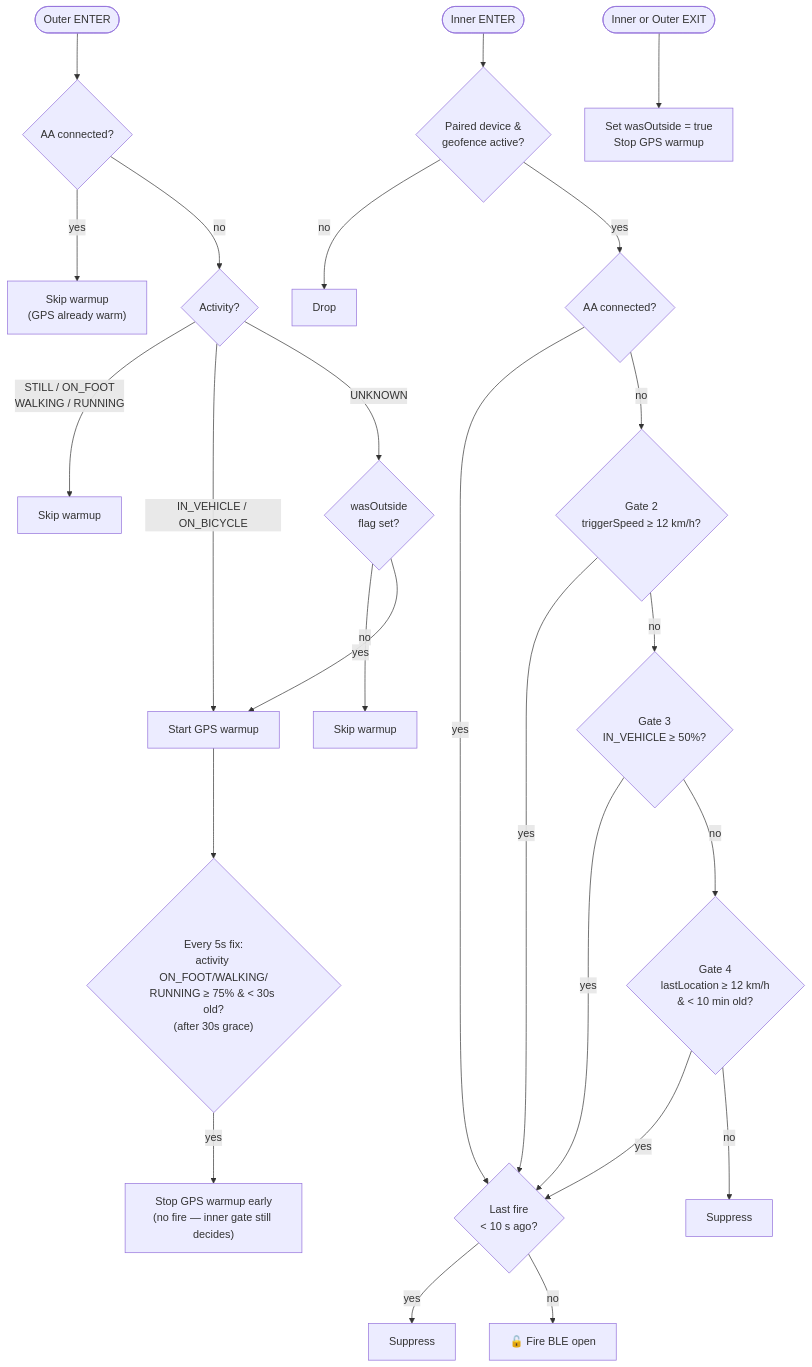
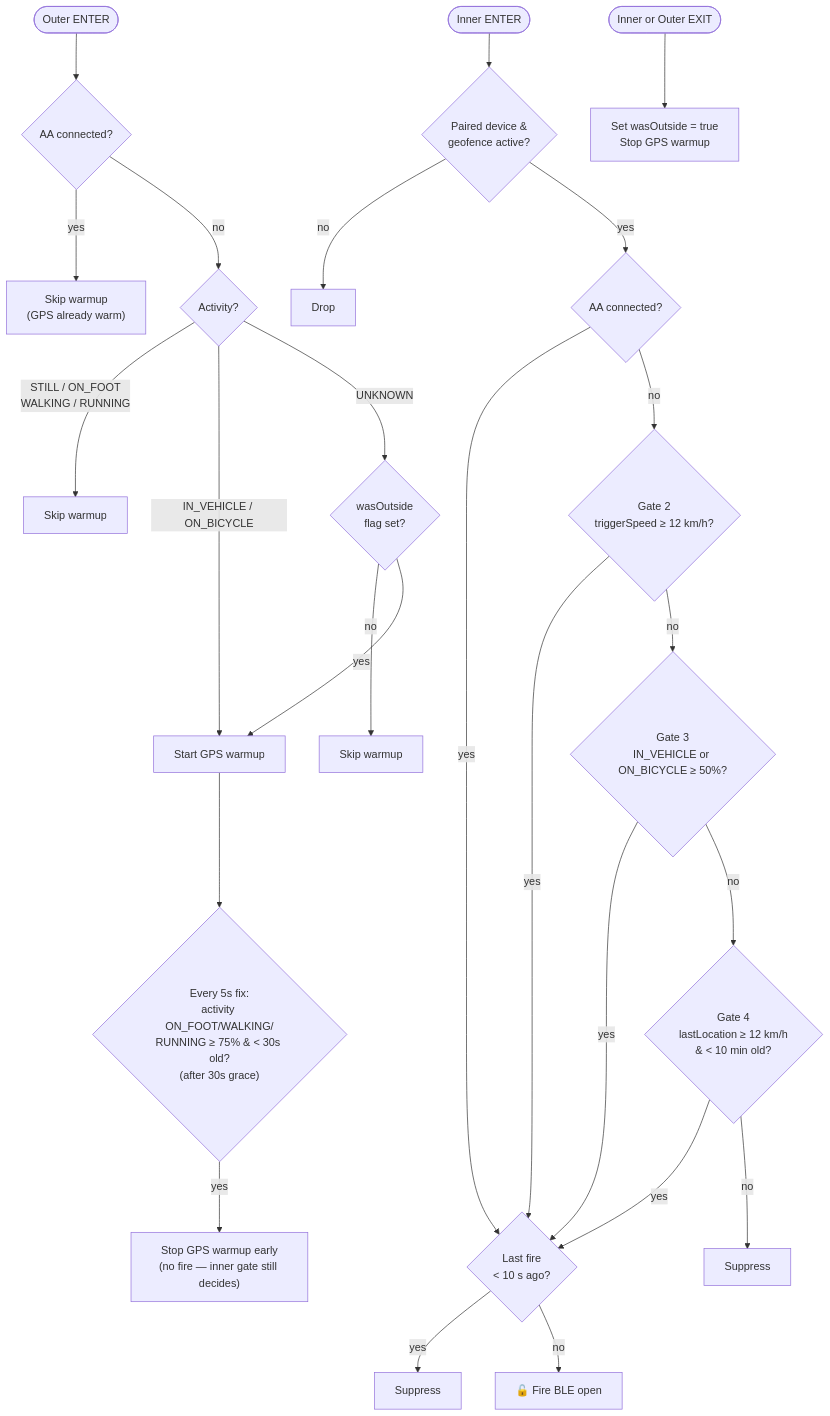
The diagram in docs/geofence-auto-open.md (GerardUmbert/GarageAAtoESP32), drawn with Mermaid before and after one commit. The commit also changed other lines of this file and 1 other file, not shown here.

Commit message:
docs: update Gate 3 to reflect ON_BICYCLE acceptance in 1.6.6

````diff
--- a/docs/geofence-auto-open.md
+++ b/docs/geofence-auto-open.md
@@ -22,32 +22,32 @@
 ```mermaid
 flowchart TD
     OE([Outer ENTER]) --> AA_OUTER{"AA connected?"}
     AA_OUTER -->|yes| SKIP_WARM["Skip warmup\n(GPS already warm)"]
     AA_OUTER -->|no| ACT_OUTER{"Activity?"}
     ACT_OUTER -->|"STILL / ON_FOOT\nWALKING / RUNNING"| SKIP_WARM2["Skip warmup"]
     ACT_OUTER -->|"IN_VEHICLE / ON_BICYCLE"| WARM["Start GPS warmup"]
     ACT_OUTER -->|UNKNOWN| WAS_OUT{"wasOutside\nflag set?"}
     WAS_OUT -->|no| SKIP_WARM3["Skip warmup"]
     WAS_OUT -->|yes| WARM
 
     IE([Inner ENTER]) --> PAIRED{"Paired device &\ngeofence active?"}
     PAIRED -->|no| DROP["Drop"]
     PAIRED -->|yes| AA_INNER{"AA connected?"}
     AA_INNER -->|yes| DEBOUNCE
     AA_INNER -->|no| G2{"Gate 2\ntriggerSpeed ≥ 12 km/h?"}
     G2 -->|yes| DEBOUNCE
-    G2 -->|no| G3{"Gate 3\nIN_VEHICLE ≥ 50%?"}
+    G2 -->|no| G3{"Gate 3\nIN_VEHICLE or ON_BICYCLE ≥ 50%?"}
     G3 -->|yes| DEBOUNCE
     G3 -->|no| G4{"Gate 4\nlastLocation ≥ 12 km/h\n& < 10 min old?"}
     G4 -->|yes| DEBOUNCE
     G4 -->|no| SUPPRESS["Suppress"]
 
     DEBOUNCE{"Last fire\n< 10 s ago?"}
     DEBOUNCE -->|yes| SUPPRESS2["Suppress"]
     DEBOUNCE -->|no| FIRE["🔓 Fire BLE open"]
 
     EXIT(["Inner or Outer EXIT"]) --> SET_OUT["Set wasOutside = true\nStop GPS warmup"]
 
     WARM --> EARLYCHK{"Every 5s fix:\nactivity ON_FOOT/WALKING/\nRUNNING ≥ 75% & < 30s old?\n(after 30s grace)"}
     EARLYCHK -->|yes| EARLYSTOP["Stop GPS warmup early\n(no fire — inner gate still decides)"]
 ```
````
